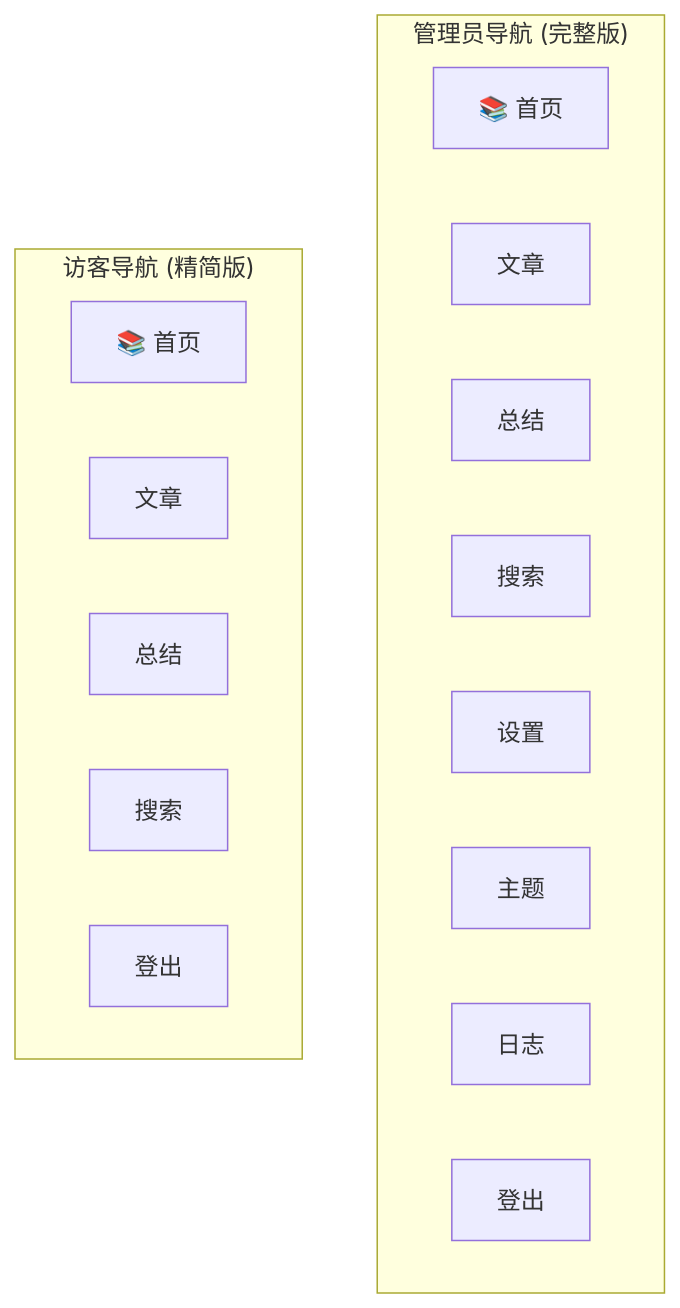
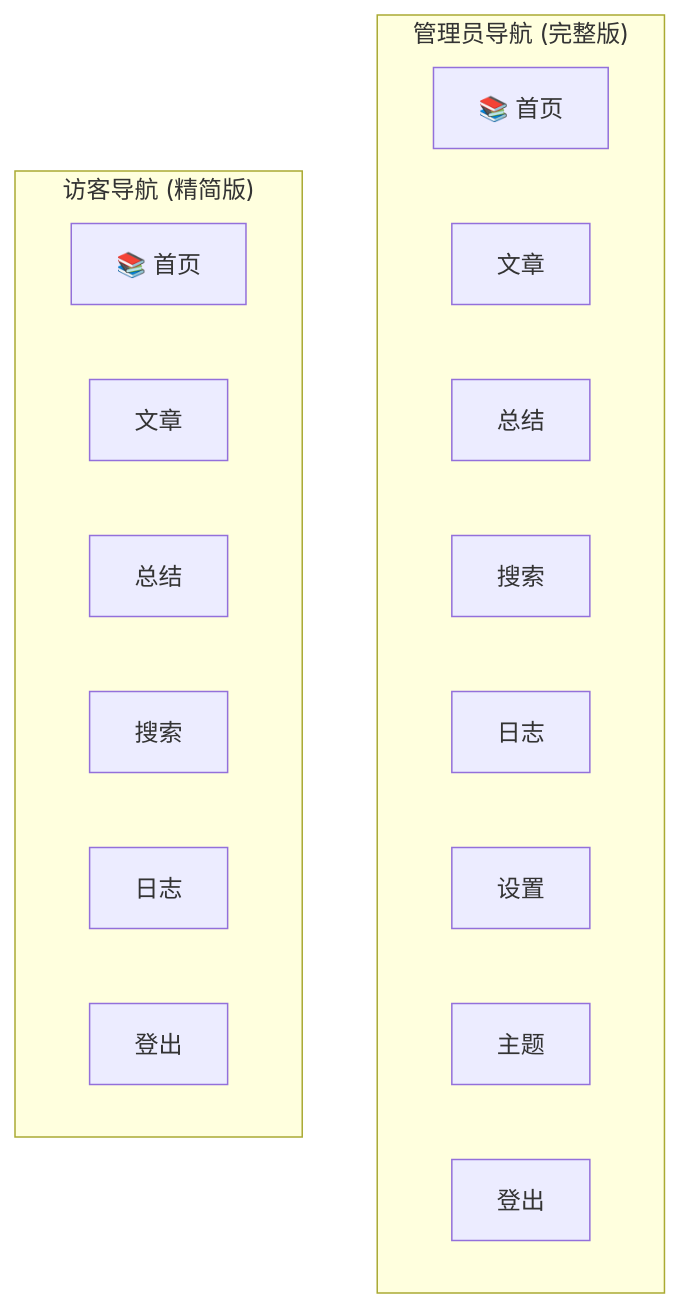
Before and after one commit to xulei-shl/lis-rss-daily: the second of 2 diagrams in plans/guest-readonly-mode.md, drawn with Mermaid. The commit also changed other lines of this file, not shown here.

````diff
--- a/plans/guest-readonly-mode.md
+++ b/plans/guest-readonly-mode.md
@@ -79,21 +79,22 @@
 ```mermaid
 flowchart TD
     subgraph "管理员导航 (完整版)"
         Nav1[📚 首页]
         Nav2[文章]
         Nav3[总结]
         Nav4[搜索]
-        Nav5[设置]
-        Nav6[主题]
-        Nav7[日志]
+        Nav5[日志]
+        Nav6[设置]
+        Nav7[主题]
         Nav8[登出]
     end
 
     subgraph "访客导航 (精简版)"
         NavG1[📚 首页]
         NavG2[文章]
         NavG3[总结]
         NavG4[搜索]
-        NavG5[登出]
+        NavG5[日志]
+        NavG6[登出]
     end
 ```
````
